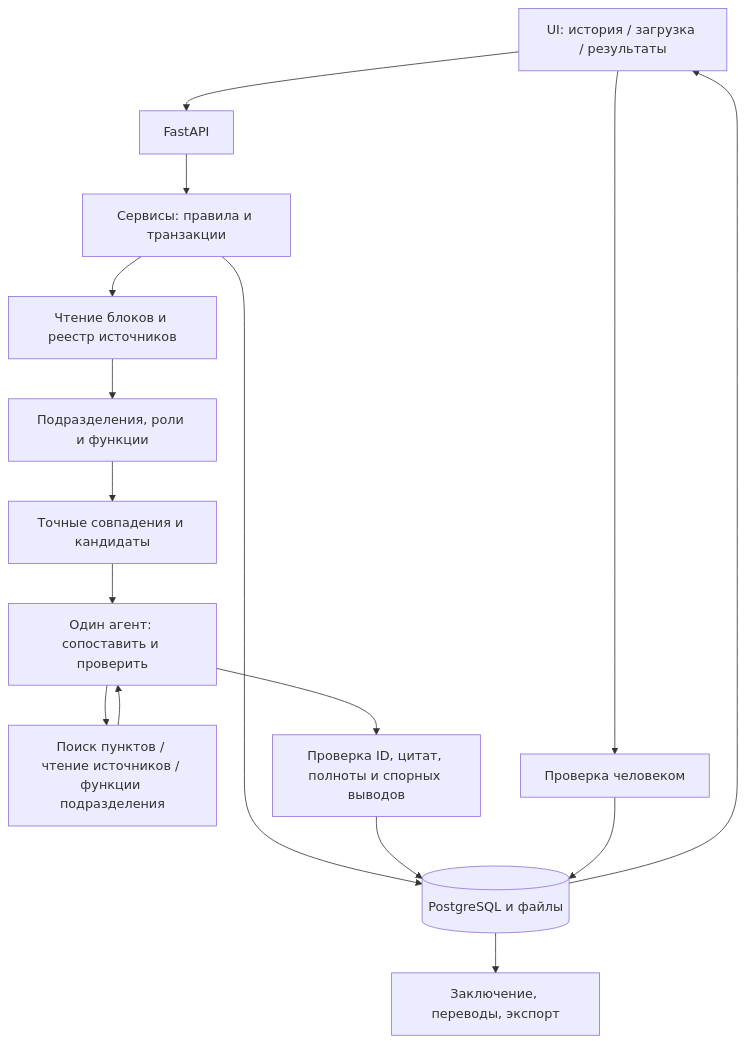
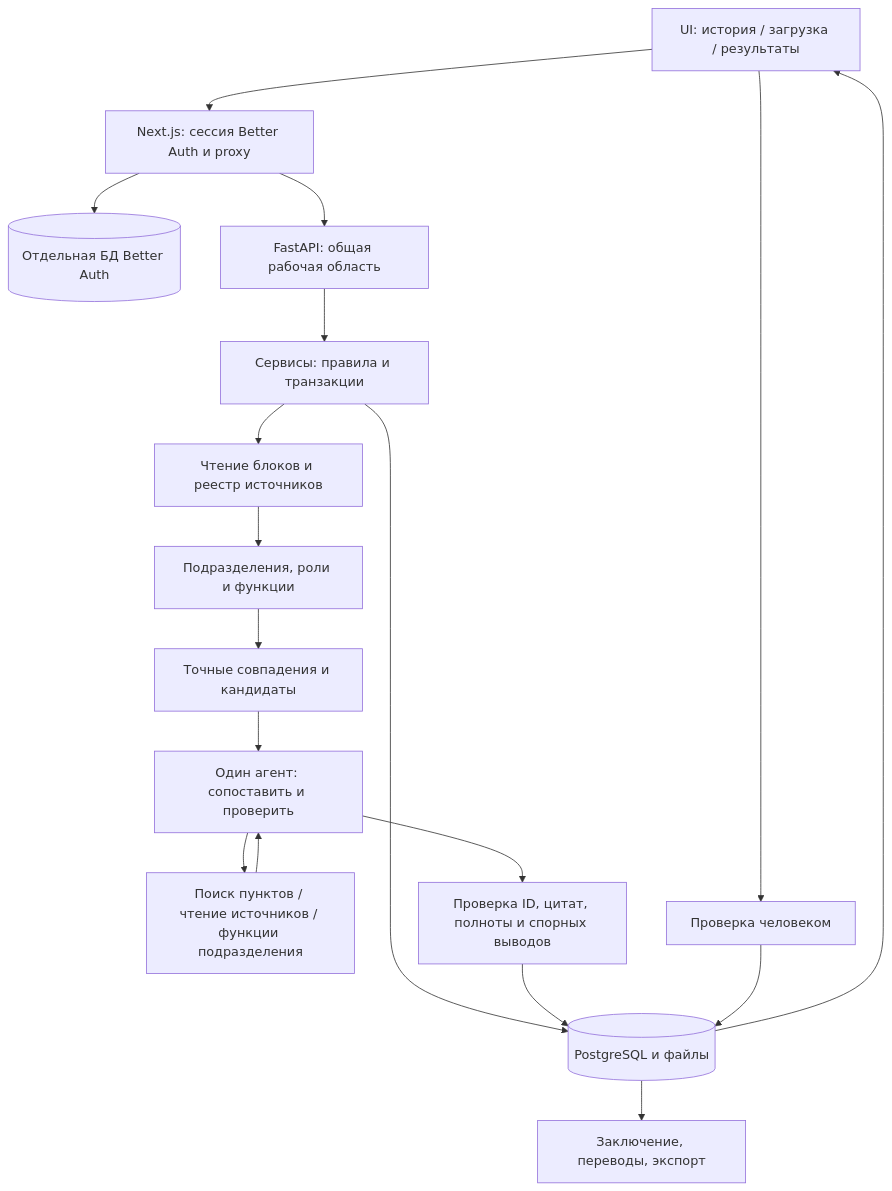
Before and after one commit to BAITC-Hacks/hack-c49fe1b9-delphi: the diagram in docs/architecture.md, drawn with Mermaid. The commit also changed other lines of this file and 156 other files, not shown here.

```diff
--- a/docs/architecture.md
+++ b/docs/architecture.md
@@ -32,18 +32,20 @@
 ~~~mermaid
 flowchart TD
-    UI["UI: история / загрузка / результаты"] --> API["FastAPI"]
+    UI["UI: история / загрузка / результаты"] --> Proxy["Next.js: сессия Better Auth и proxy"]
+    Proxy --> AuthDB[("Отдельная БД Better Auth")]
+    Proxy --> API["FastAPI: общая рабочая область"]
     API --> Services["Сервисы: правила и транзакции"]
     Services --> DB[("PostgreSQL и файлы")]
     Services --> Parse["Чтение блоков и реестр источников"]
     Parse --> Extract["Подразделения, роли и функции"]
     Extract --> Match["Точные совпадения и кандидаты"]
     Match --> Agent["Один агент: сопоставить и проверить"]
     Agent --> Tools["Поиск пунктов / чтение источников / функции подразделения"]
     Tools --> Agent
     Agent --> Validate["Проверка ID, цитат, полноты и спорных выводов"]
     Validate --> DB
     DB --> UI
     UI --> Review["Проверка человеком"]
     Review --> DB
     DB --> Report["Заключение, переводы, экспорт"]
 ~~~
```
